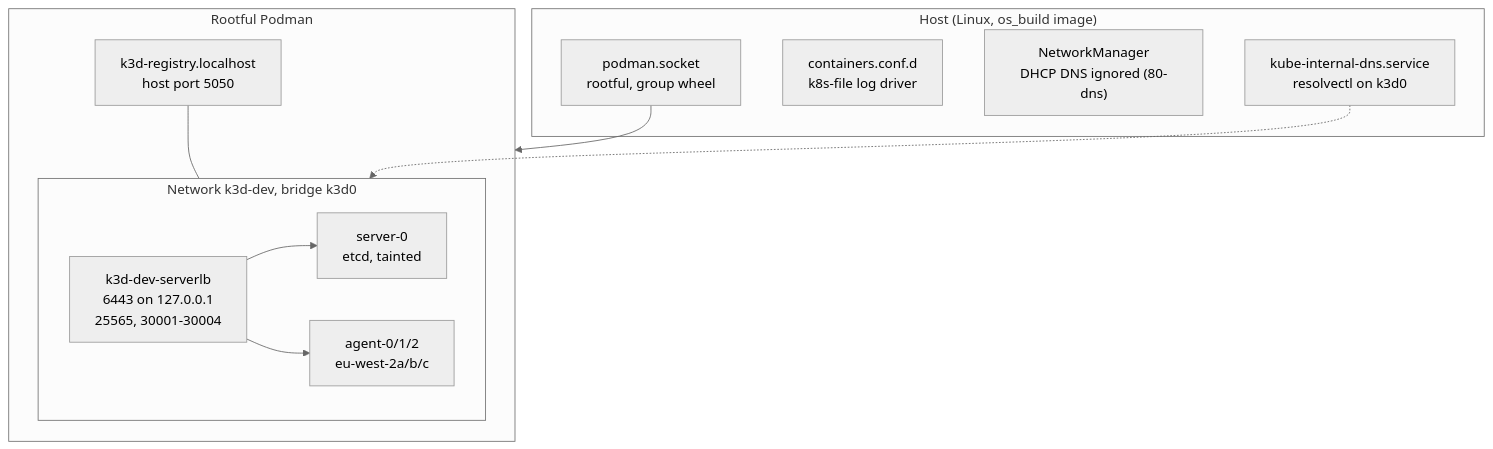
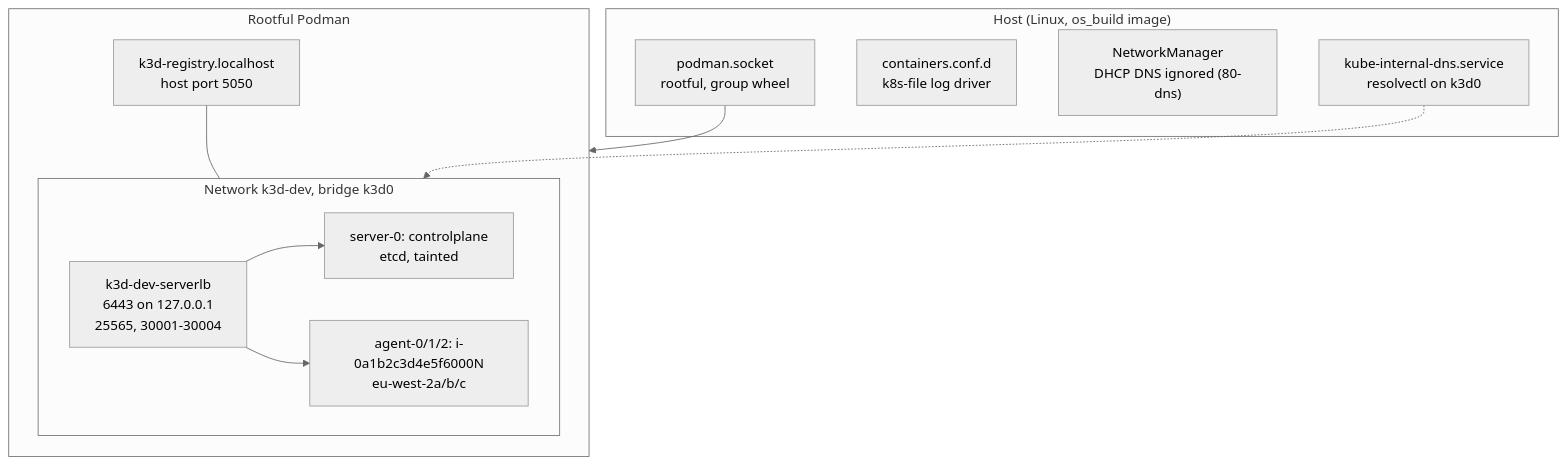
The second of 2 diagrams in kubernetes.md (bourbonfgiles/dotfiles), drawn with Mermaid (neutral theme) before and after one commit. The commit also changed other lines of this file and 1 other file, not shown here.

Commit message:
k3d: EKS-style node names (controlplane, resource-based workers)

````diff
--- a/kubernetes.md
+++ b/kubernetes.md
@@ -47,22 +47,22 @@
 ```mermaid
 flowchart TB
   subgraph host["Host (Linux, os_build image)"]
     socket["podman.socket<br/>rootful, group wheel"]
     logs["containers.conf.d<br/>k8s-file log driver"]
     nm["NetworkManager<br/>DHCP DNS ignored (80-dns)"]
     unit["kube-internal-dns.service<br/>resolvectl on k3d0"]
   end
   subgraph podman["Rootful Podman"]
     registry["k3d-registry.localhost<br/>host port 5050"]
     subgraph net["Network k3d-dev, bridge k3d0"]
       lb["k3d-dev-serverlb<br/>6443 on 127.0.0.1<br/>25565, 30001-30004"]
-      server["server-0<br/>etcd, tainted"]
-      agents["agent-0/1/2<br/>eu-west-2a/b/c"]
+      server["server-0: controlplane<br/>etcd, tainted"]
+      agents["agent-0/1/2: i-0a1b2c3d4e5f6000N<br/>eu-west-2a/b/c"]
     end
   end
   socket --> podman
   lb --> server
   lb --> agents
   registry --- net
   unit -.-> net
 ```
````
